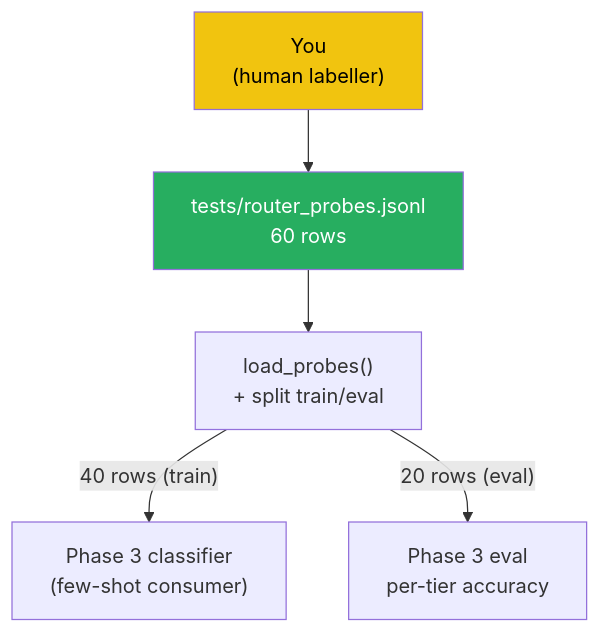
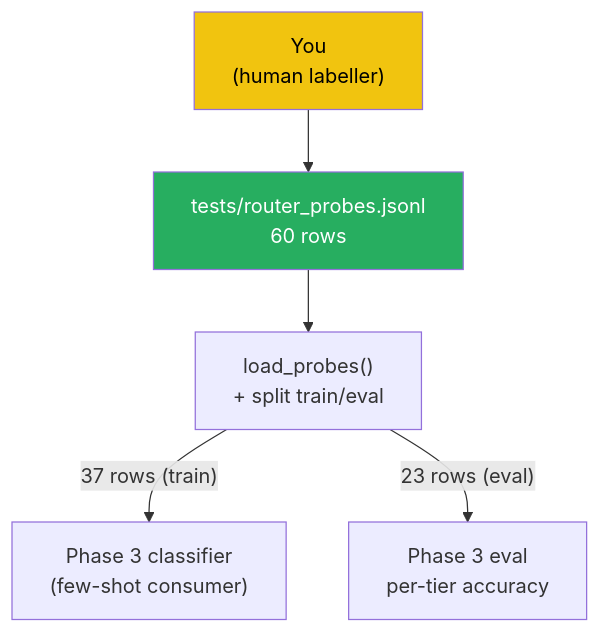
One commit to shaneliuyx/agent-development-curriculum changed the third of 7 diagrams in Week 4.5 - Model Routing and Effort Tiering.md. Above: the diagram before and after it, drawn with Mermaid. The commit also changed other lines of this file, not shown here.

````diff
--- a/Week 4.5 - Model Routing and Effort Tiering.md
+++ b/Week 4.5 - Model Routing and Effort Tiering.md
@@ -271,16 +320,16 @@
 ```mermaid
 flowchart TB
     Author["You<br/>(human labeller)"]
     JSONL["tests/router_probes.jsonl<br/>60 rows"]
     Loader["load_probes()<br/>+ split train/eval"]
     Cls["Phase 3 classifier<br/>(few-shot consumer)"]
     Eval["Phase 3 eval<br/>per-tier accuracy"]
 
     Author --> JSONL
     JSONL --> Loader
-    Loader -->|"40 rows (train)"| Cls
-    Loader -->|"20 rows (eval)"| Eval
+    Loader -->|"37 rows (train)"| Cls
+    Loader -->|"23 rows (eval)"| Eval
 
     style JSONL fill:#27ae60,color:#fff
     style Author fill:#f1c40f,color:#000
 ```
````
